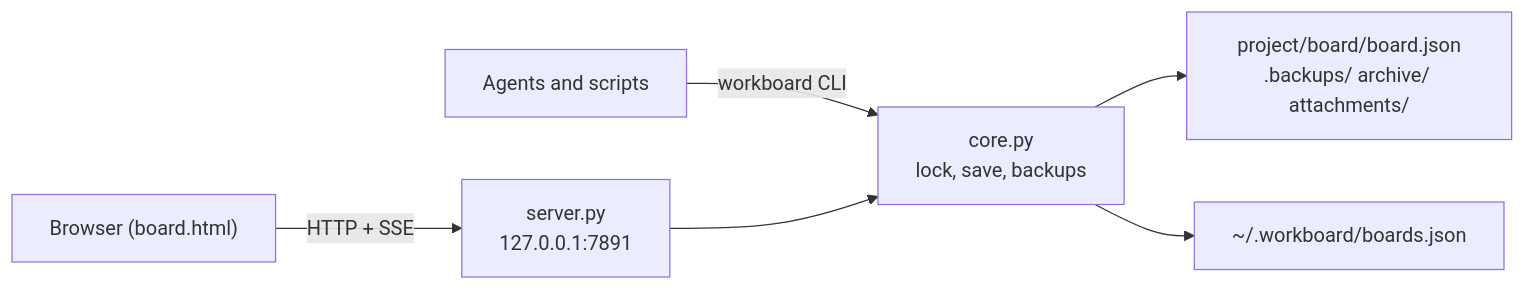
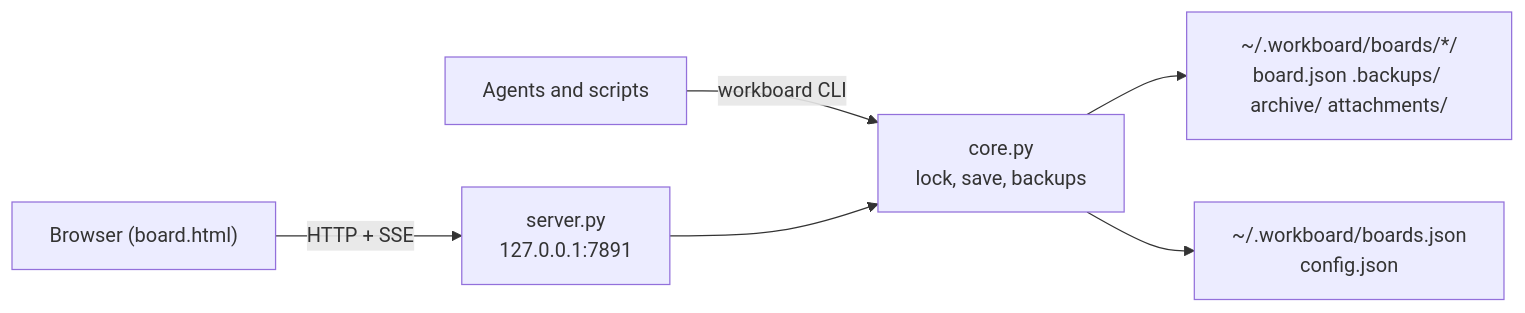
Before and after one commit to Paliverse/workboard: the diagram in docs/architecture.md, drawn with Mermaid. The commit also changed other lines of this file and 28 other files, not shown here.

First line of the commit message:
Central board store in ~/.workboard; community files move to .github/

````diff
--- a/docs/architecture.md
+++ b/docs/architecture.md
@@ -5,8 +5,8 @@
 ```mermaid
 flowchart LR
   agent["Agents and scripts"] -- "workboard CLI" --> core
   browser["Browser (board.html)"] -- "HTTP + SSE" --> server["server.py<br/>127.0.0.1:7891"]
   server --> core["core.py<br/>lock, save, backups"]
-  core --> files["project/board/board.json<br/>.backups/ archive/ attachments/"]
-  core --> home["~/.workboard/boards.json"]
+  core --> files["~/.workboard/boards/*/<br/>board.json .backups/ archive/ attachments/"]
+  core --> home["~/.workboard/boards.json<br/>config.json"]
 ```
````
